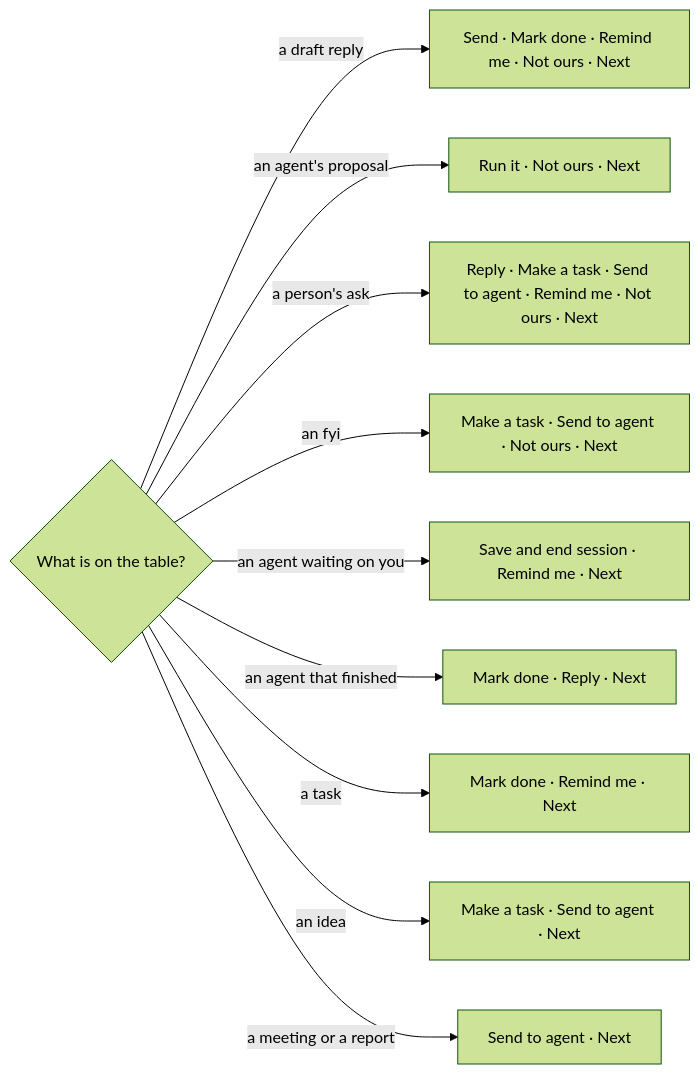
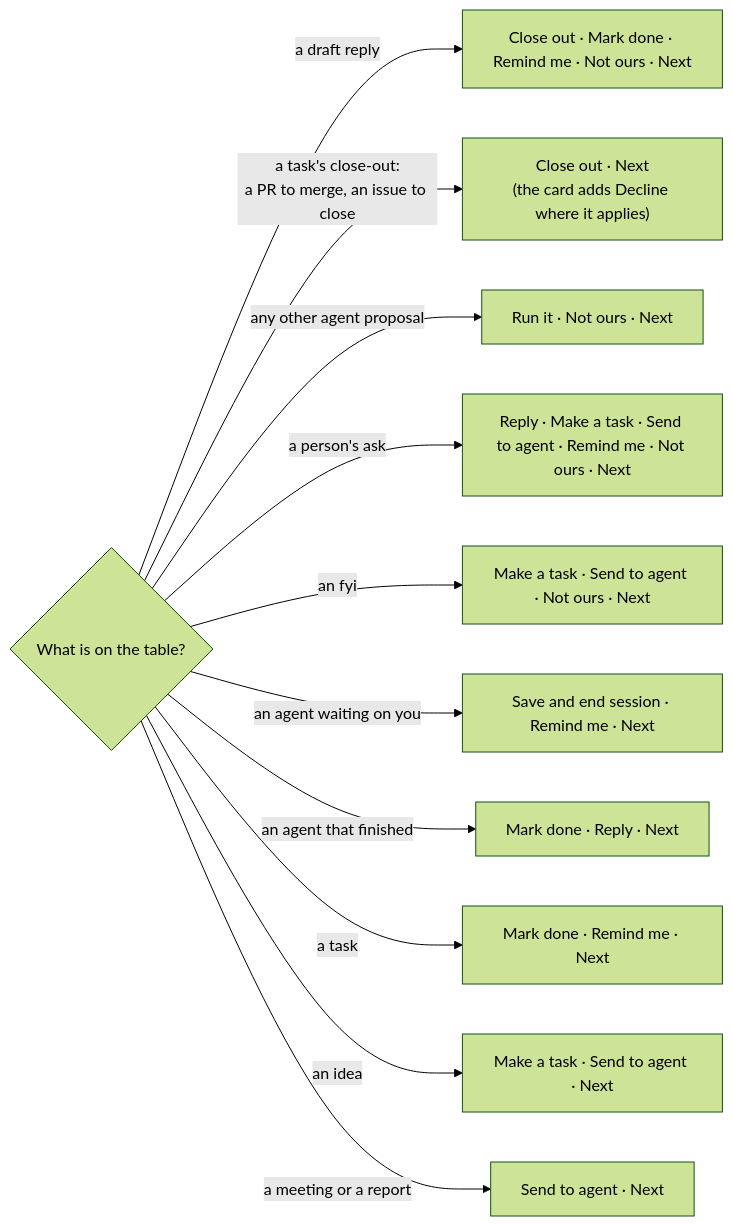
One commit to ldbumble/taskuary changed the first of 3 diagrams in docs/assistant-words.md. Above: the diagram before and after it, drawn with Mermaid (forest theme). The commit also changed other lines of this file and 6 other files, not shown here.

First line of the commit message:
docs: the Assistant's word list and button tree say Close out

````diff
--- a/docs/assistant-words.md
+++ b/docs/assistant-words.md
@@ -14,13 +14,14 @@
 ```mermaid
 flowchart LR
   C{"What is on the table?"}
-  C -->|a draft reply| B1["Send · Mark done · Remind me · Not ours · Next"]
-  C -->|an agent's proposal| B2["Run it · Not ours · Next"]
+  C -->|a draft reply| B1["Close out · Mark done · Remind me · Not ours · Next"]
+  C -->|a task's close-out:<br/>a PR to merge, an issue to close| B0["Close out · Next<br/>(the card adds Decline where it applies)"]
+  C -->|any other agent proposal| B2["Run it · Not ours · Next"]
   C -->|a person's ask| B3["Reply · Make a task · Send to agent · Remind me · Not ours · Next"]
   C -->|an fyi| B4["Make a task · Send to agent · Not ours · Next"]
   C -->|an agent waiting on you| B5["Save and end session · Remind me · Next"]
   C -->|an agent that finished| B6["Mark done · Reply · Next"]
   C -->|a task| B7["Mark done · Remind me · Next"]
   C -->|an idea| B8["Make a task · Send to agent · Next"]
   C -->|a meeting or a report| B9["Send to agent · Next"]
 ```
````
